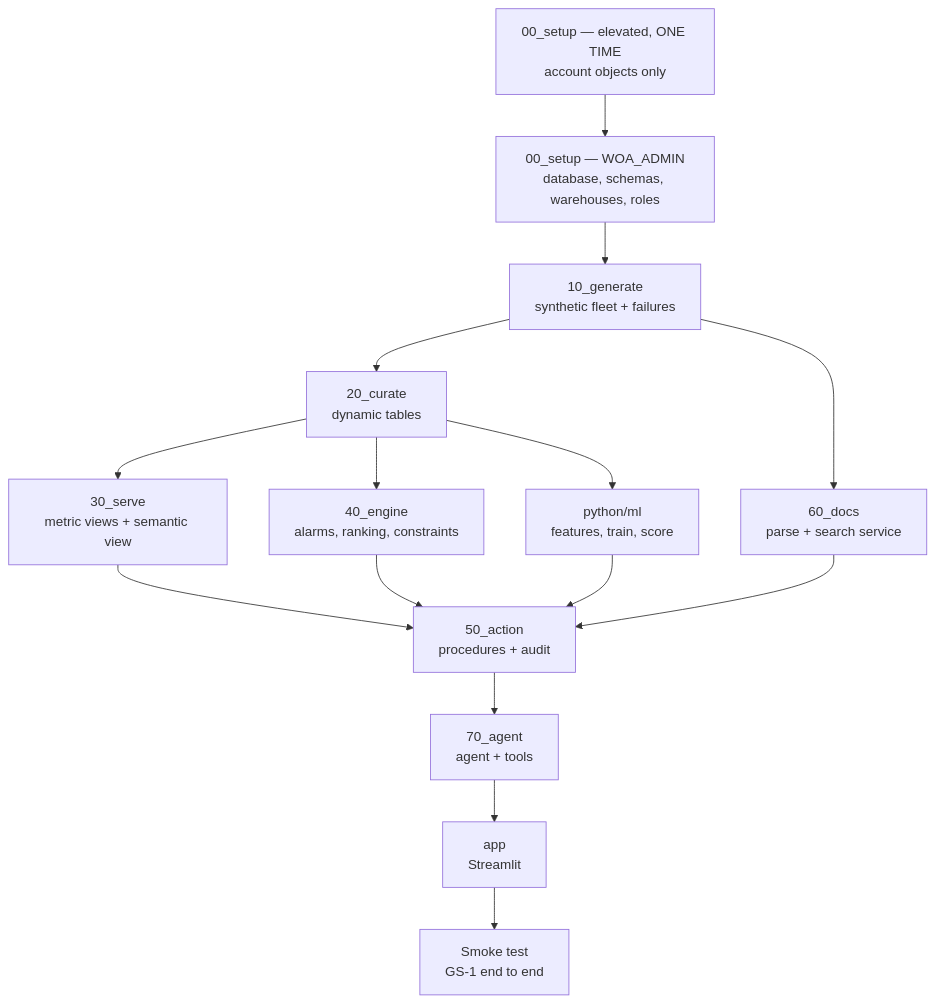
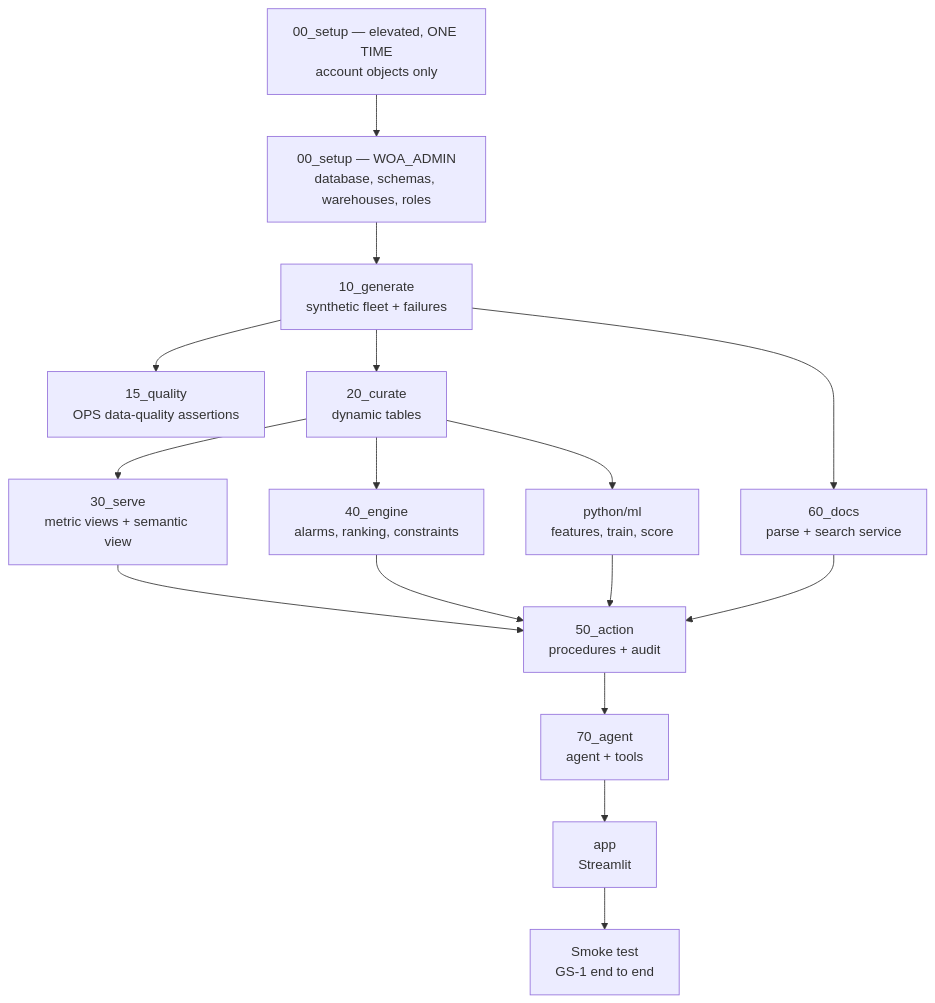
The diagram in docs/03-architecture/deployment.md (winds-of-change-blr/wind-ops-ai), drawn with Mermaid before and after one commit. The commit also changed other lines of this file and 19 other files, not shown here.

First line of the commit message:
feat: build the synthetic data generator and its quality gate

````diff
--- a/docs/03-architecture/deployment.md
+++ b/docs/03-architecture/deployment.md
@@ -46,14 +46,15 @@
 ```mermaid
 flowchart TD
     S0["00_setup — elevated, ONE TIME<br/>account objects only"] --> S1["00_setup — WOA_ADMIN<br/>database, schemas, warehouses, roles"]
     S1 --> S2[10_generate<br/>synthetic fleet + failures]
+    S2 --> SQ[15_quality<br/>OPS data-quality assertions]
     S2 --> S3[20_curate<br/>dynamic tables]
     S3 --> S4[30_serve<br/>metric views + semantic view]
     S3 --> S5[40_engine<br/>alarms, ranking, constraints]
     S3 --> S6[python/ml<br/>features, train, score]
     S2 --> S7[60_docs<br/>parse + search service]
     S4 & S5 & S6 & S7 --> S8[50_action<br/>procedures + audit]
     S8 --> S9[70_agent<br/>agent + tools]
     S9 --> S10[app<br/>Streamlit]
     S10 --> S11[Smoke test<br/>GS-1 end to end]
 ```
````
